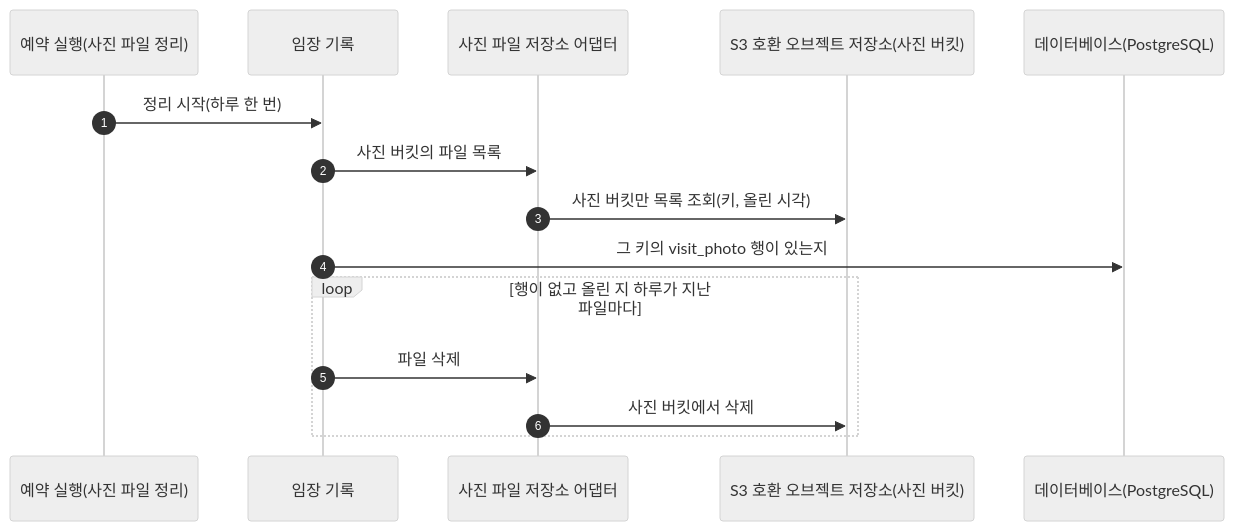
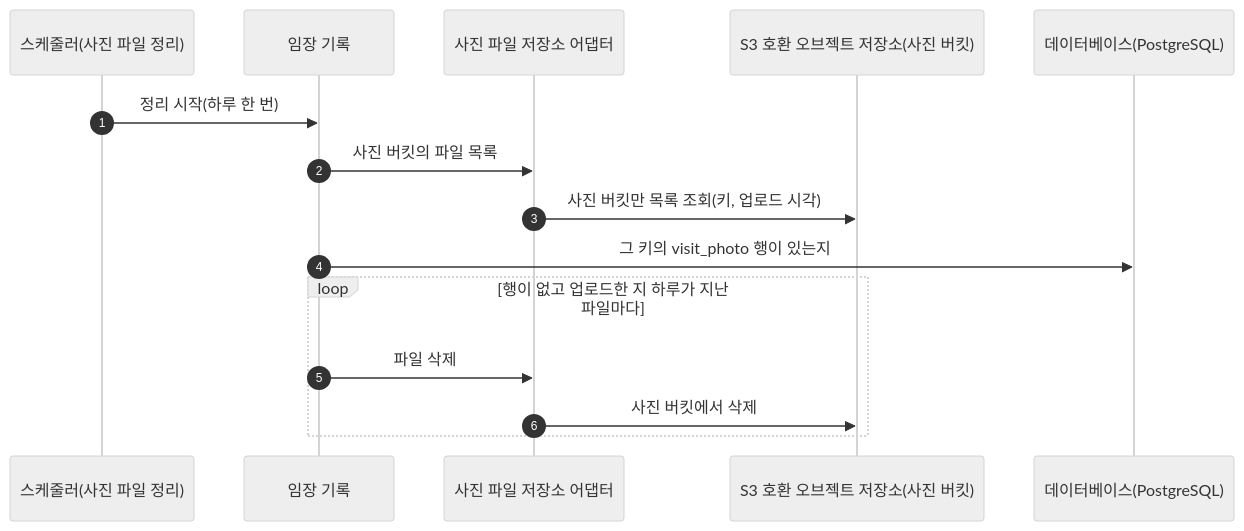
Before and after one commit to Park-Seung-Hun/real-estate: the tenth of 12 diagrams in docs/architecture/flows.md, drawn with Mermaid (neutral theme). The commit also changed other lines of this file and 22 other files, not shown here.

````diff
--- a/docs/architecture/flows.md
+++ b/docs/architecture/flows.md
@@ -463,18 +471,18 @@
 ```mermaid
 sequenceDiagram
   autonumber
-  participant cleanup as 예약 실행(사진 파일 정리)
+  participant cleanup as 스케줄러(사진 파일 정리)
   participant visit as 임장 기록
   participant photoAd as 사진 파일 저장소 어댑터
   participant s3 as S3 호환 오브젝트 저장소(사진 버킷)
   participant db as 데이터베이스(PostgreSQL)
 
   cleanup->>visit: 정리 시작(하루 한 번)
   visit->>photoAd: 사진 버킷의 파일 목록
-  photoAd->>s3: 사진 버킷만 목록 조회(키, 올린 시각)
+  photoAd->>s3: 사진 버킷만 목록 조회(키, 업로드 시각)
   visit->>db: 그 키의 visit_photo 행이 있는지
-  loop 행이 없고 올린 지 하루가 지난 파일마다
+  loop 행이 없고 업로드한 지 하루가 지난 파일마다
     visit->>photoAd: 파일 삭제
     photoAd->>s3: 사진 버킷에서 삭제
   end
 ```
````
